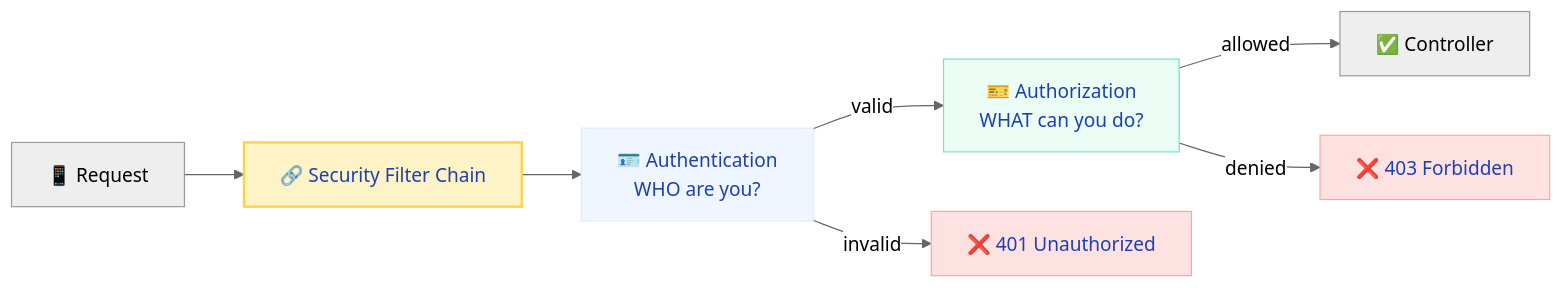
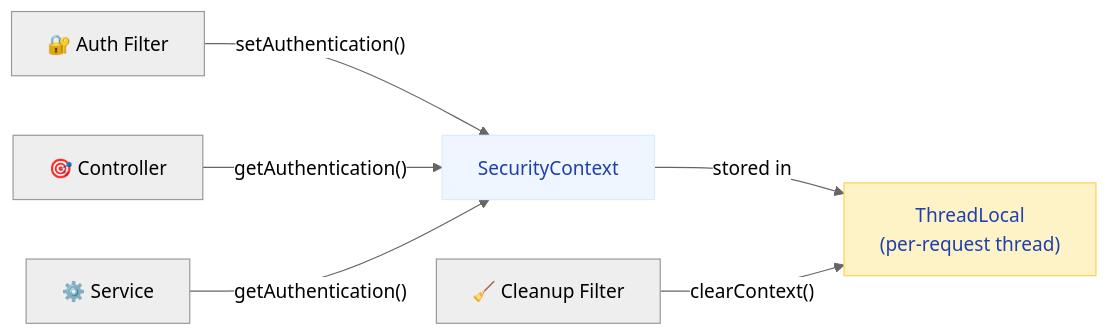
Before and after one commit to saivamsikaruturi/vamsilabs-dev-notes-main: the first of 4 diagrams in docs/springboot/security.md, drawn with Mermaid (neutral theme). The commit also changed other lines of this file and 21 other files, not shown here.

````diff
--- a/docs/springboot/security.md
+++ b/docs/springboot/security.md
@@ -14,15 +46,11 @@
 ```mermaid
 flowchart LR
-    R["📱 Request"] --> F["🔗 Security Filter Chain"]
-    F --> AuthN["🪪 Authentication<br/>WHO are you?"]
-    AuthN -->|valid| AuthZ["🎫 Authorization<br/>WHAT can you do?"]
-    AuthN -->|invalid| R401["❌ 401 Unauthorized"]
-    AuthZ -->|allowed| C["✅ Controller"]
-    AuthZ -->|denied| R403["❌ 403 Forbidden"]
+    F["🔐 Auth Filter"] -->|"setAuthentication()"| SC["SecurityContext"]
+    SC -->|"stored in"| TL["ThreadLocal<br/>(per-request thread)"]
+    C["🎯 Controller"] -->|"getAuthentication()"| SC
+    S["⚙️ Service"] -->|"getAuthentication()"| SC
+    CL["🧹 Cleanup Filter"] -->|"clearContext()"| TL
 
-    style F fill:#FEF3C7,stroke:#FCD34D,stroke-width:2px,color:#1E40AF
-    style AuthN fill:#EFF6FF,stroke:#DBEAFE,color:#1E40AF
-    style AuthZ fill:#ECFDF5,stroke:#6EE7B7,color:#1E40AF
-    style R401 fill:#FEE2E2,stroke:#FCA5A5,color:#1E40AF
-    style R403 fill:#FEE2E2,stroke:#FCA5A5,color:#1E40AF
+    style TL fill:#FEF3C7,stroke:#FCD34D,color:#1E40AF
+    style SC fill:#EFF6FF,stroke:#DBEAFE,color:#1E40AF
 ```
````
